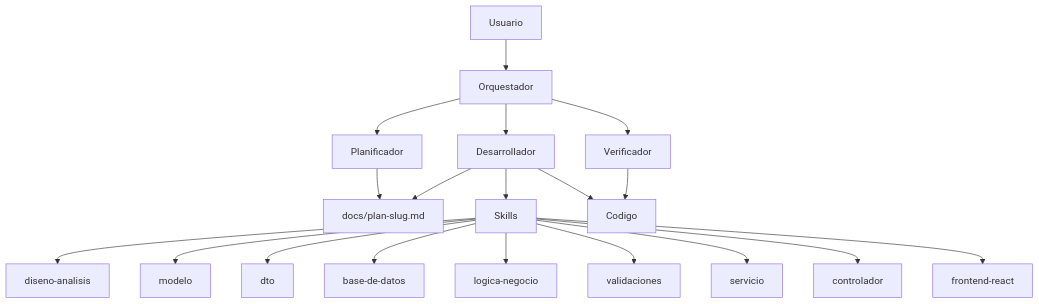
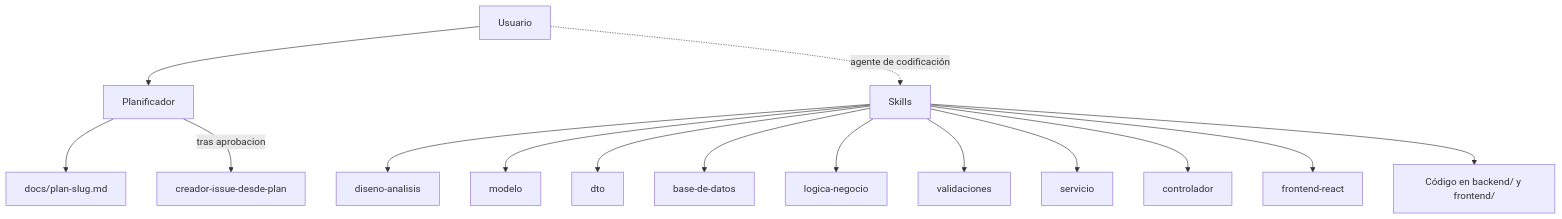
The first of 7 diagrams in docs/skills-orquestacion.md (hispafox/app-todolist-260921), drawn with Mermaid before and after one commit. The commit also changed other lines of this file and 15 other files, not shown here.

````diff
--- a/docs/skills-orquestacion.md
+++ b/docs/skills-orquestacion.md
@@ -11,24 +11,20 @@
 ```mermaid
 flowchart TD
-    U[Usuario] --> O[Orquestador]
-    O --> P[Planificador]
-    O --> D[Desarrollador]
-    O --> V[Verificador]
+    U[Usuario] --> P[Planificador]
+    P --> PLAN[docs/plan-slug.md]
+    P -->|tras aprobacion| I[creador-issue-desde-plan]
 
-    P --> PLAN[docs/plan-slug.md]
-    D --> PLAN
-    D --> SKILLS[Skills]
+    U -.->|agente de codificación| SKILLS[Skills]
 
     SKILLS --> SK1[diseno-analisis]
     SKILLS --> SK2[modelo]
     SKILLS --> SK3[dto]
     SKILLS --> SK4[base-de-datos]
     SKILLS --> SK5[logica-negocio]
     SKILLS --> SK6[validaciones]
     SKILLS --> SK7[servicio]
     SKILLS --> SK8[controlador]
     SKILLS --> SK9[frontend-react]
 
-    D --> CODE[Codigo]
-    V --> CODE
+    SKILLS --> CODE[Código en backend/ y frontend/]
 ```
````
